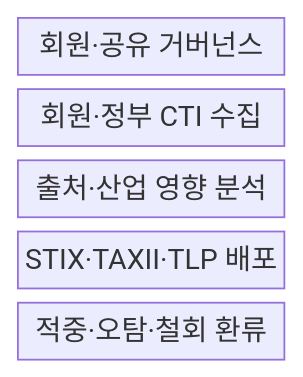
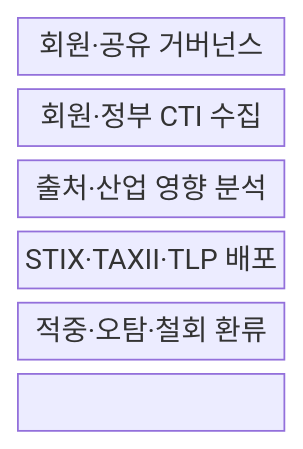
Before and after one commit to agnusdei1207/knowledge-base: the first of 2 diagrams in src/content/docs/notes/05-security/143_isac.md, drawn with Mermaid. The commit also changed other lines of this file and 151 other files, not shown here.

````diff
--- a/src/content/docs/notes/05-security/143_isac.md
+++ b/src/content/docs/notes/05-security/143_isac.md
@@ -56,9 +56,11 @@
 ```mermaid
 block-beta
   columns 1
   G["회원·공유 거버넌스"]
   C["회원·정부 CTI 수집"]
   A["출처·산업 영향 분석"]
   D["STIX·TAXII·TLP 배포"]
   F["적중·오탐·철회 환류"]
+  G --- C --- A
+  A --- D --- F
 ```
````
